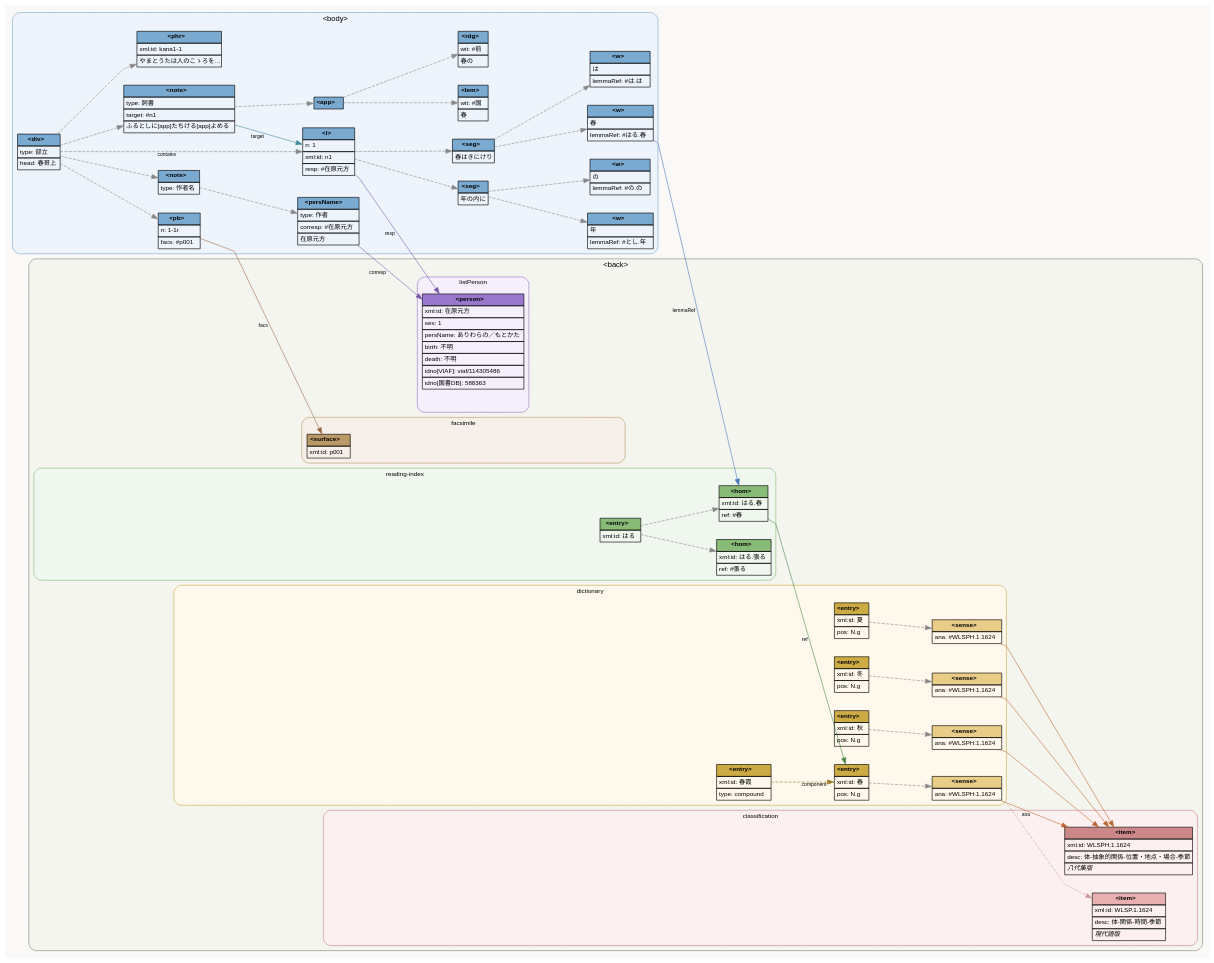
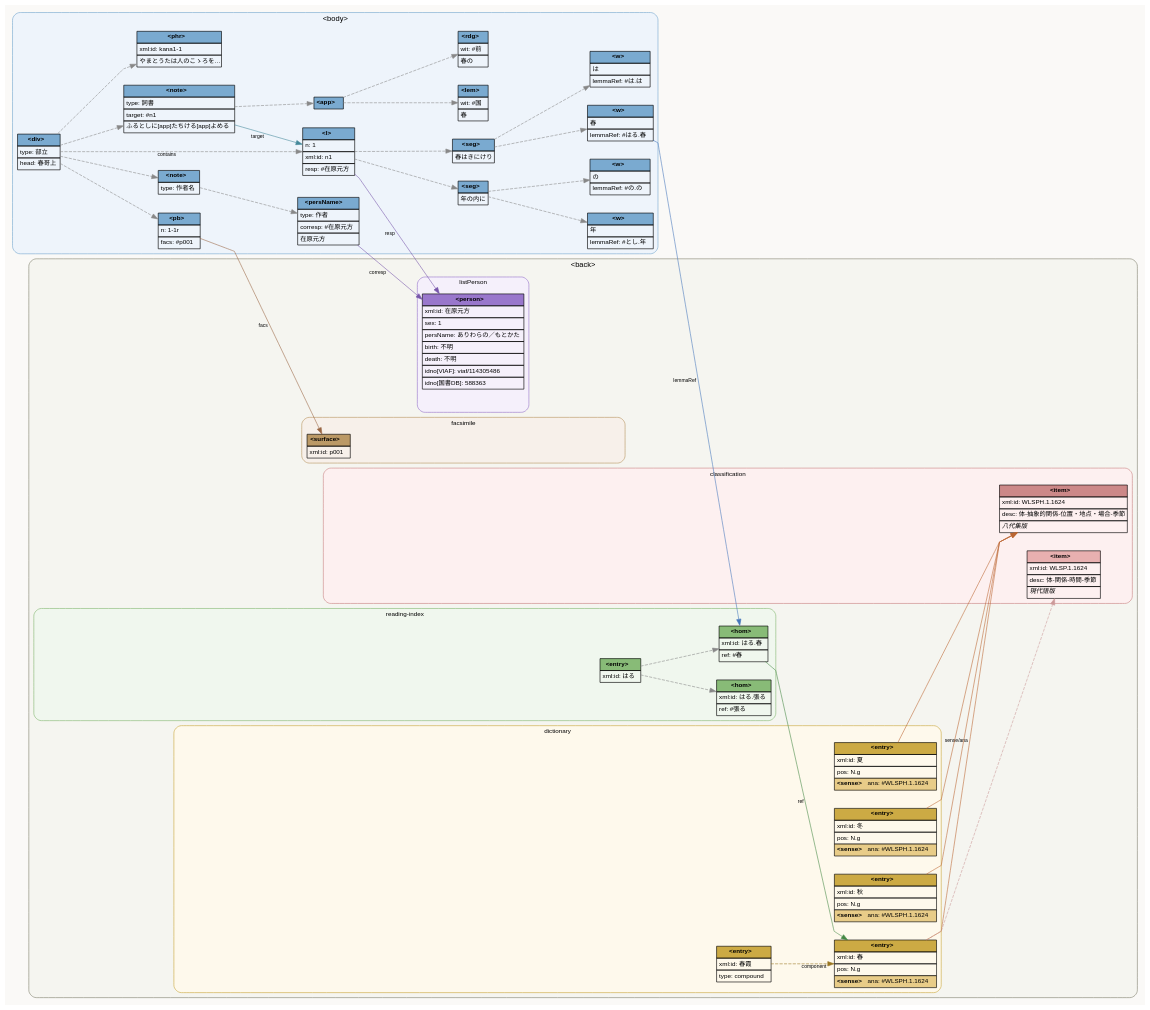
The diagram in docs/data-structure.dot (idiig/kokin-tei-merge), drawn with Graphviz before and after one commit. The commit also changed 1 other file, not shown here.

Commit message:
docs: Merge sense nodes into entries in data structure diagram
Removed separate `<sense>` nodes and integrated their attributes
directly into the corresponding `<entry>` nodes. Updated edges to
reference entries instead of senses for analysis links, while
maintaining overall graph semantics. Generated SVG file updated
accordingly.

```diff
--- a/docs/data-structure.dot
+++ b/docs/data-structure.dot
@@ -199,44 +199,28 @@
         <TR><TD BGCOLOR="#ccaa44"><B>&lt;entry&gt;</B></TD></TR>
         <TR><TD ALIGN="LEFT">xml:id: 春</TD></TR>
         <TR><TD ALIGN="LEFT">pos: N.g</TD></TR>
-      </TABLE>>]
-
-      s_haru [label=<<TABLE BORDER="0" CELLBORDER="1" CELLSPACING="0" CELLPADDING="3">
-        <TR><TD BGCOLOR="#e8cc88"><B>&lt;sense&gt;</B></TD></TR>
-        <TR><TD ALIGN="LEFT">ana: #WLSPH.1.1624</TD></TR>
+        <TR><TD BGCOLOR="#e8cc88" ALIGN="LEFT"><B>&lt;sense&gt;</B> ana: #WLSPH.1.1624</TD></TR>
       </TABLE>>]
 
       e_aki [label=<<TABLE BORDER="0" CELLBORDER="1" CELLSPACING="0" CELLPADDING="3">
         <TR><TD BGCOLOR="#ccaa44"><B>&lt;entry&gt;</B></TD></TR>
         <TR><TD ALIGN="LEFT">xml:id: 秋</TD></TR>
         <TR><TD ALIGN="LEFT">pos: N.g</TD></TR>
-      </TABLE>>]
-
-      s_aki [label=<<TABLE BORDER="0" CELLBORDER="1" CELLSPACING="0" CELLPADDING="3">
-        <TR><TD BGCOLOR="#e8cc88"><B>&lt;sense&gt;</B></TD></TR>
-        <TR><TD ALIGN="LEFT">ana: #WLSPH.1.1624</TD></TR>
+        <TR><TD BGCOLOR="#e8cc88" ALIGN="LEFT"><B>&lt;sense&gt;</B> ana: #WLSPH.1.1624</TD></TR>
       </TABLE>>]
 
       e_natsu [label=<<TABLE BORDER="0" CELLBORDER="1" CELLSPACING="0" CELLPADDING="3">
         <TR><TD BGCOLOR="#ccaa44"><B>&lt;entry&gt;</B></TD></TR>
         <TR><TD ALIGN="LEFT">xml:id: 夏</TD></TR>
         <TR><TD ALIGN="LEFT">pos: N.g</TD></TR>
-      </TABLE>>]
-
-      s_natsu [label=<<TABLE BORDER="0" CELLBORDER="1" CELLSPACING="0" CELLPADDING="3">
-        <TR><TD BGCOLOR="#e8cc88"><B>&lt;sense&gt;</B></TD></TR>
-        <TR><TD ALIGN="LEFT">ana: #WLSPH.1.1624</TD></TR>
+        <TR><TD BGCOLOR="#e8cc88" ALIGN="LEFT"><B>&lt;sense&gt;</B> ana: #WLSPH.1.1624</TD></TR>
       </TABLE>>]
 
       e_fuyu [label=<<TABLE BORDER="0" CELLBORDER="1" CELLSPACING="0" CELLPADDING="3">
         <TR><TD BGCOLOR="#ccaa44"><B>&lt;entry&gt;</B></TD></TR>
         <TR><TD ALIGN="LEFT">xml:id: 冬</TD></TR>
         <TR><TD ALIGN="LEFT">pos: N.g</TD></TR>
-      </TABLE>>]
-
-      s_fuyu [label=<<TABLE BORDER="0" CELLBORDER="1" CELLSPACING="0" CELLPADDING="3">
-        <TR><TD BGCOLOR="#e8cc88"><B>&lt;sense&gt;</B></TD></TR>
-        <TR><TD ALIGN="LEFT">ana: #WLSPH.1.1624</TD></TR>
+        <TR><TD BGCOLOR="#e8cc88" ALIGN="LEFT"><B>&lt;sense&gt;</B> ana: #WLSPH.1.1624</TD></TR>
       </TABLE>>]
 
       e_comp [label=<<TABLE BORDER="0" CELLBORDER="1" CELLSPACING="0" CELLPADDING="3">
@@ -245,10 +229,6 @@
         <TR><TD ALIGN="LEFT">type: compound</TD></TR>
       </TABLE>>]
 
-      e_haru  -> s_haru  [style=dashed]
-      e_aki   -> s_aki   [style=dashed]
-      e_natsu -> s_natsu [style=dashed]
-      e_fuyu  -> s_fuyu  [style=dashed]
       e_comp  -> e_haru  [xlabel="component" style=dashed color="#997722"]
     }
 
@@ -325,11 +305,11 @@
 
   b_w_haru   -> hom_haru [xlabel="lemmaRef" style=bold color="#4477bb"]
   hom_haru   -> e_haru   [xlabel="ref"      color="#448844"]
-  s_haru     -> wlsph    [xlabel="ana" style=bold color="#bb6633"]
-  s_aki      -> wlsph    [style=bold color="#bb6633"]
-  s_natsu    -> wlsph    [style=bold color="#bb6633"]
-  s_fuyu     -> wlsph    [style=bold color="#bb6633"]
-  s_haru     -> wlsp     [color="#cc9999" style=dashed]
+  e_haru     -> wlsph    [xlabel="sense/ana" style=bold color="#bb6633"]
+  e_aki      -> wlsph    [style=bold color="#bb6633"]
+  e_natsu    -> wlsph    [style=bold color="#bb6633"]
+  e_fuyu     -> wlsph    [style=bold color="#bb6633"]
+  e_haru     -> wlsp     [color="#cc9999" style=dashed]
   b_persname -> person   [xlabel="corresp"  color="#7755aa"]
   b_l        -> person   [xlabel="resp"     color="#7755aa"]
   b_pb       -> surface  [xlabel="facs"     color="#996644"]
```
